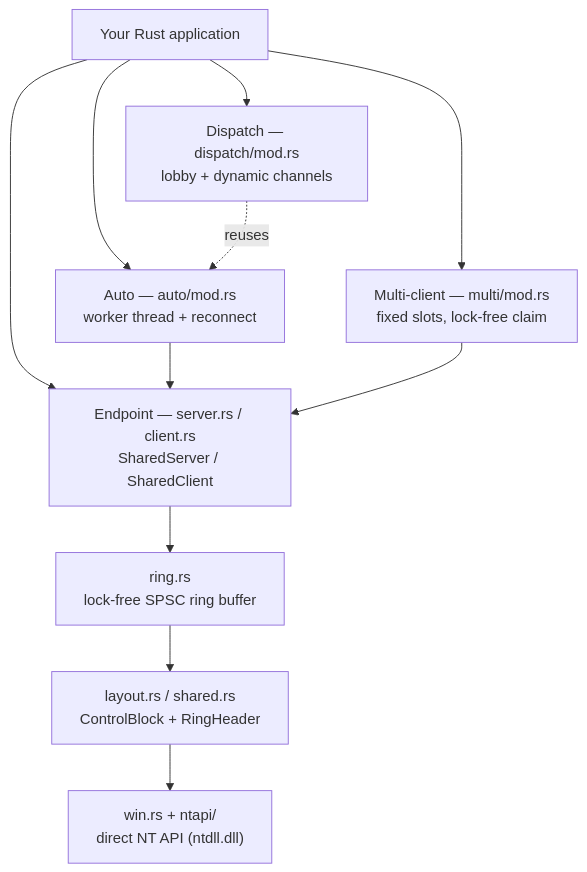
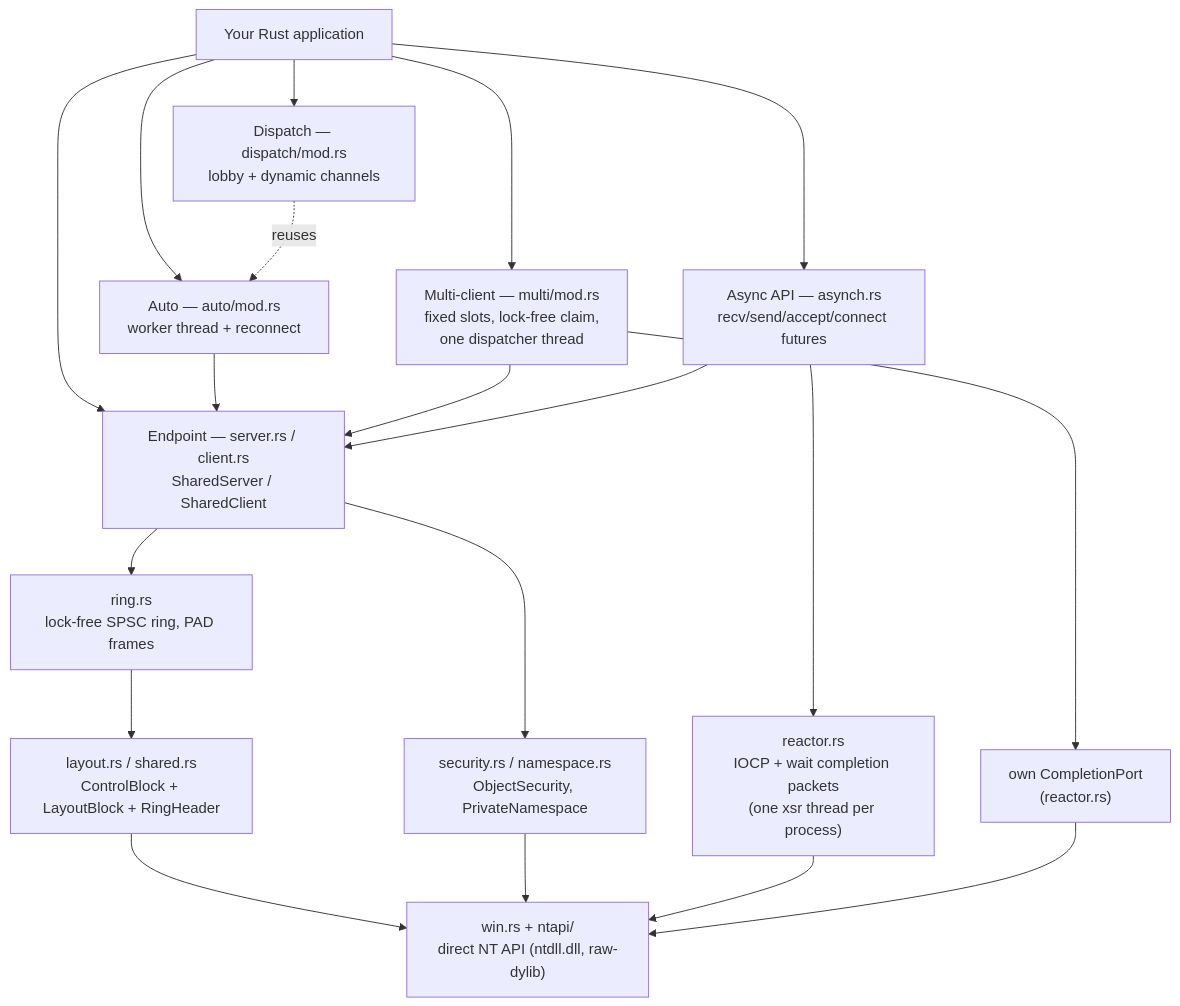
One commit to Platon7788/xshm changed the first of 4 diagrams in README.md. Above: the diagram before and after it, drawn with Mermaid. The commit also changed other lines of this file and 4 other files, not shown here.

````diff
--- a/README.md
+++ b/README.md
@@ -138,17 +228,25 @@
 ```mermaid
 flowchart TD
     App["Your Rust application"]
     App --> Auto["Auto — auto/mod.rs<br/>worker thread + reconnect"]
-    App --> Multi["Multi-client — multi/mod.rs<br/>fixed slots, lock-free claim"]
+    App --> Multi["Multi-client — multi/mod.rs<br/>fixed slots, lock-free claim,<br/>one dispatcher thread"]
     App --> Dispatch["Dispatch — dispatch/mod.rs<br/>lobby + dynamic channels"]
+    App --> Async["Async API — asynch.rs<br/>recv/send/accept/connect futures"]
     App --> Endpoint
 
     Dispatch -. reuses .-> Auto
 
     Auto --> Endpoint["Endpoint — server.rs / client.rs<br/>SharedServer / SharedClient"]
     Multi --> Endpoint
+    Async --> Endpoint
+    Async --> Reactor["reactor.rs<br/>IOCP + wait completion packets<br/>(one xsr thread per process)"]
+    Multi --> Port["own CompletionPort<br/>(reactor.rs)"]
 
-    Endpoint --> Ring["ring.rs<br/>lock-free SPSC ring buffer"]
-    Ring --> Layout["layout.rs / shared.rs<br/>ControlBlock + RingHeader"]
-    Layout --> Platform["win.rs + ntapi/<br/>direct NT API (ntdll.dll)"]
+    Endpoint --> Ring["ring.rs<br/>lock-free SPSC ring, PAD frames"]
+    Ring --> Layout["layout.rs / shared.rs<br/>ControlBlock + LayoutBlock + RingHeader"]
+    Endpoint --> Security["security.rs / namespace.rs<br/>ObjectSecurity, PrivateNamespace"]
+    Layout --> Platform["win.rs + ntapi/<br/>direct NT API (ntdll.dll, raw-dylib)"]
+    Security --> Platform
+    Reactor --> Platform
+    Port --> Platform
 ```
````
